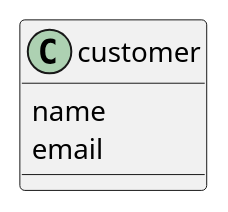
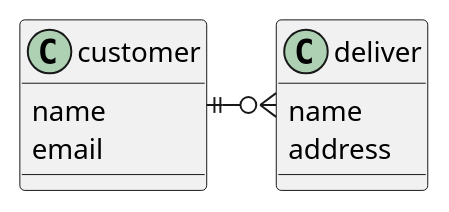
The diagram in ch02/sample.puml (yinm/uml-modeling-lesson), drawn with PlantUML before and after one commit.

Commit message:
Add lesson3

```diff
--- a/ch02/sample.puml
+++ b/ch02/sample.puml
@@ -1,8 +1,15 @@
 @startuml
 
 class customer {
   name
   email
 }
 
+class deliver {
+  name
+  address
+}
+
+customer ||-ri-o{ deliver
+
 @enduml
```
